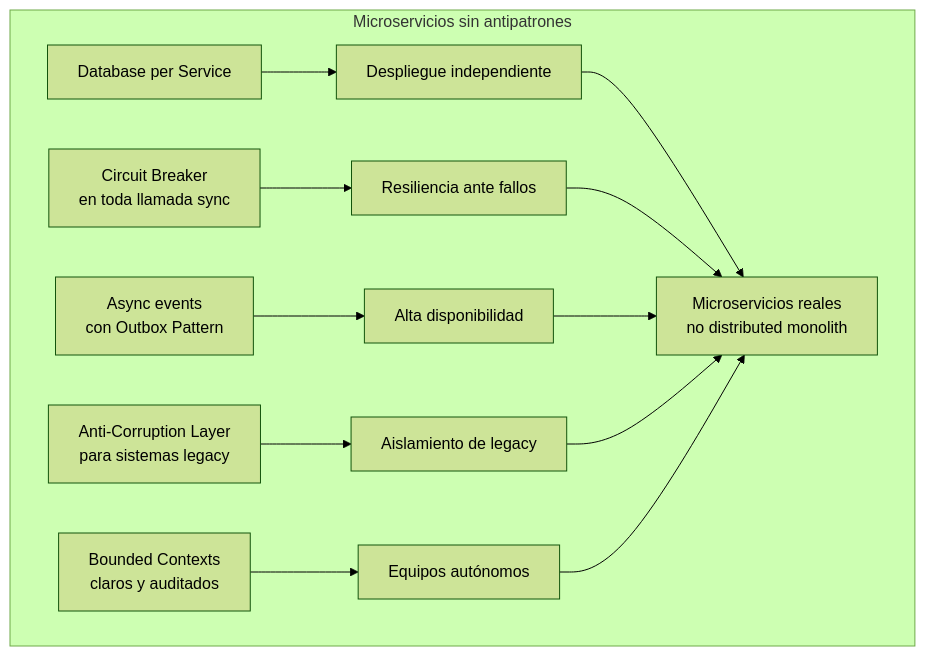
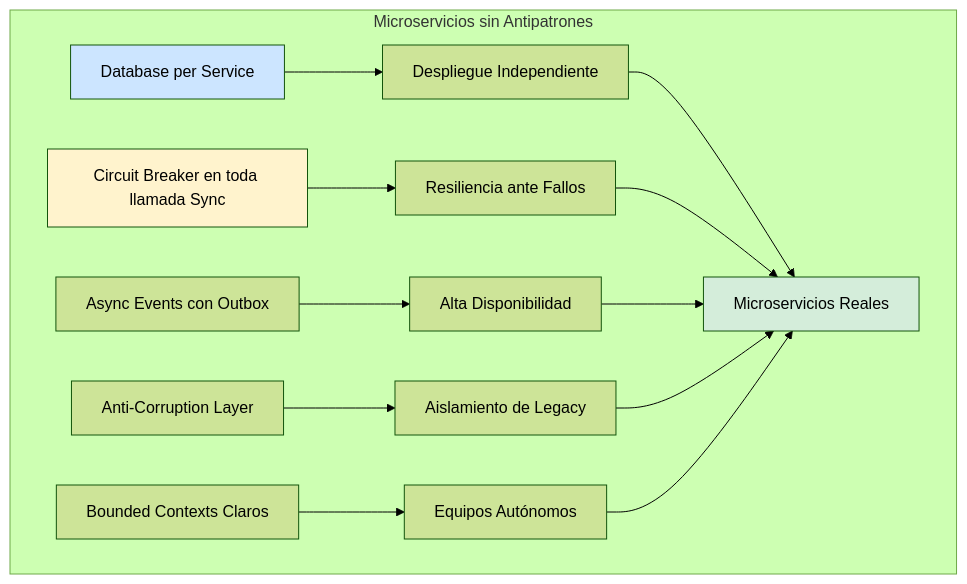
The fourth of 4 diagrams in 02_Arquitectura/anti-patterns_en_microservicios_y_como_evitarlos_con_java_21_STAFF.md (Joaquinriosheredia/DAM-Java-Mastery), drawn with Mermaid (forest theme) before and after one commit. The commit also changed other lines of this file, not shown here.

Commit message:
anti-patterns_en_microservicios_y_como_evitarlos_con_java_21_STAFF.md

````diff
--- a/02_Arquitectura/anti-patterns_en_microservicios_y_como_evitarlos_con_java_21_STAFF.md
+++ b/02_Arquitectura/anti-patterns_en_microservicios_y_como_evitarlos_con_java_21_STAFF.md
@@ -733,22 +505,26 @@
 ```mermaid
 graph TD
-    subgraph "Microservicios sin antipatrones"
+    subgraph "Microservicios sin Antipatrones"
         DBC[Database per Service]
-        CB2[Circuit Breaker\nen toda llamada sync]
-        ASYNC[Async events\ncon Outbox Pattern]
-        ACL2[Anti-Corruption Layer\npara sistemas legacy]
-        BC[Bounded Contexts\nclaros y auditados]
+        CB[Circuit Breaker en toda llamada Sync]
+        ASYNC[Async Events con Outbox]
+        ACL[Anti-Corruption Layer]
+        BC[Bounded Contexts Claros]
 
-        DBC --> INDEP[Despliegue independiente]
-        CB2 --> RESIL[Resiliencia ante fallos]
-        ASYNC --> AVAIL[Alta disponibilidad]
-        ACL2 --> ISOL[Aislamiento de legacy]
-        BC --> CLARITY[Equipos autónomos]
+        DBC --> INDEP[Despliegue Independiente]
+        CB --> RESIL[Resiliencia ante Fallos]
+        ASYNC --> AVAIL[Alta Disponibilidad]
+        ACL --> ISOL[Aislamiento de Legacy]
+        BC --> CLARITY[Equipos Autónomos]
 
-        INDEP --> GOAL[Microservicios reales\nno distributed monolith]
+        INDEP --> GOAL[Microservicios Reales]
         RESIL --> GOAL
         AVAIL --> GOAL
         ISOL --> GOAL
         CLARITY --> GOAL
     end
+    
+    style GOAL fill:#d4edda
+    style DBC fill:#cce5ff
+    style CB fill:#fff3cd
 ```
````
